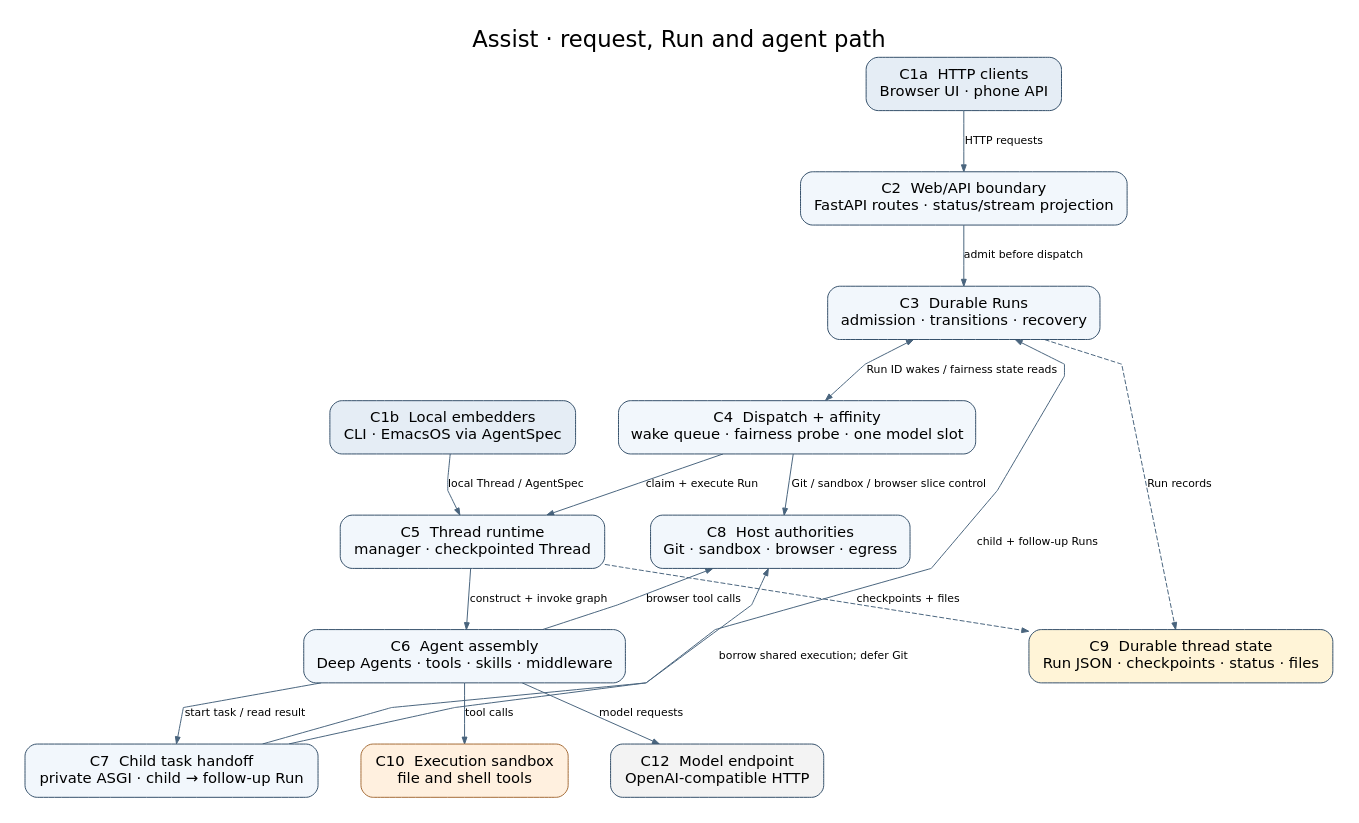
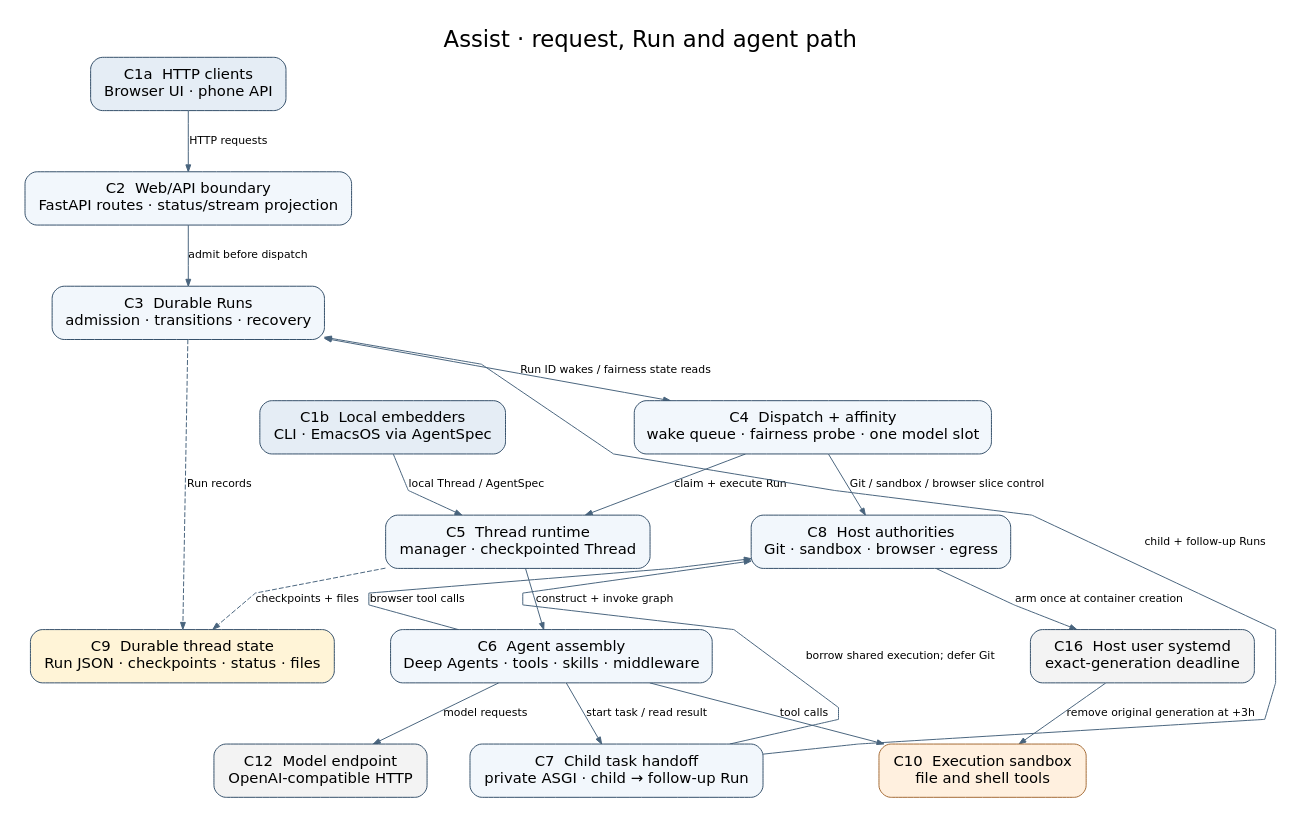
The diagram in docs/architecture.dot (pierrel/assist), drawn with Graphviz before and after one commit. The commit also changed 15 other files, not shown here.

```diff
--- a/docs/architecture.dot
+++ b/docs/architecture.dot
@@ -1,45 +1,48 @@
 digraph Assist {
   graph [label="Assist · request, Run and agent path", labelloc=t,
          fontname="DejaVu Sans", fontsize=23, bgcolor="white",
          rankdir=TB, pad=0.25, nodesep=0.6, ranksep=0.68,
          splines=polyline, outputorder=edgesfirst];
   node [shape=box, style="rounded,filled", color="#34506a",
         fillcolor="#f2f7fc", fontname="DejaVu Sans", fontsize=15,
         margin="0.19,0.14"];
   edge [fontname="DejaVu Sans", fontsize=11, color="#49647d",
         arrowsize=0.7];
 
   C1a [label="C1a  HTTP clients\nBrowser UI · phone API",
        fillcolor="#e5edf5"];
   C1b [label="C1b  Local embedders\nCLI · EmacsOS via AgentSpec",
        fillcolor="#e5edf5"];
   C2 [label="C2  Web/API boundary\nFastAPI routes · status/stream projection"];
   C3 [label="C3  Durable Runs\nadmission · transitions · recovery"];
   C4 [label="C4  Dispatch + affinity\nwake queue · fairness probe · one model slot"];
   C5 [label="C5  Thread runtime\nmanager · checkpointed Thread"];
   C6 [label="C6  Agent assembly\nDeep Agents · tools · skills · middleware"];
   C7 [label="C7  Child task handoff\nprivate ASGI · child → follow-up Run"];
   C8 [label="C8  Host authorities\nGit · sandbox · browser · egress"];
   C9 [label="C9  Durable thread state\nRun JSON · checkpoints · status · files",
       fillcolor="#fff4d7"];
   C10 [label="C10  Execution sandbox\nfile and shell tools", fillcolor="#fff0df",
        color="#a46b36"];
   C12 [label="C12  Model endpoint\nOpenAI-compatible HTTP",
        fillcolor="#f3f3f3"];
+  C16 [label="C16  Host user systemd\nexact-generation deadline", fillcolor="#f3f3f3"];
 
   C1a -> C2 [label="HTTP requests"];
   C2 -> C3 [label="admit before dispatch"];
   C3 -> C4 [label="Run ID wakes / fairness state reads", dir=both];
   C4 -> C5 [label="claim + execute Run"];
   C1b -> C5 [label="local Thread / AgentSpec"];
   C5 -> C6 [label="construct + invoke graph"];
   C6 -> C7 [label="start task / read result"];
   C7 -> C3 [label="child + follow-up Runs", constraint=false];
   C7 -> C8 [label="borrow shared execution; defer Git", constraint=false];
   C4 -> C8 [label="Git / sandbox / browser slice control"];
+  C8 -> C16 [label="arm once at container creation"];
+  C16 -> C10 [label="remove original generation at +3h"];
   C6 -> C8 [label="browser tool calls", constraint=false];
   C3 -> C9 [label="Run records", style=dashed];
   C5 -> C9 [label="checkpoints + files", style=dashed];
   C6 -> C10 [label="tool calls"];
   C6 -> C12 [label="model requests"];
 }
```
